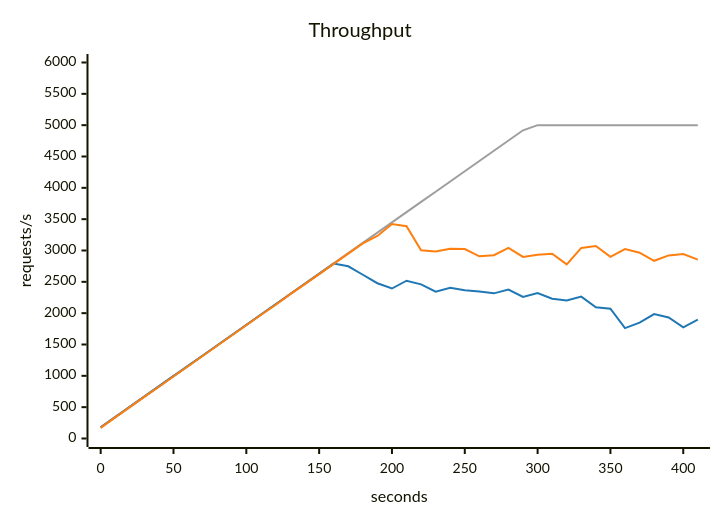
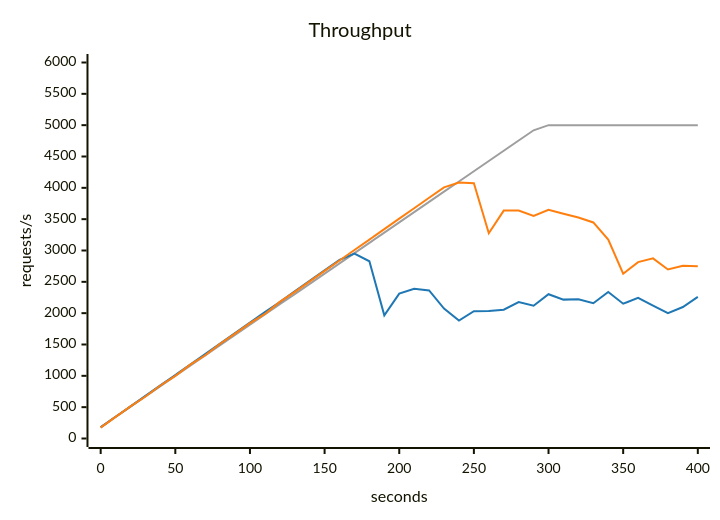
Before and after one commit to akinfemi/load-lore: the first of 2 diagrams in scenarios/single-postgres-breaking-point/solutions/one-query-per-page/compare.md, drawn with Mermaid. The commit also changed other lines of this file and 20 other files, not shown here.

````diff
--- a/scenarios/single-postgres-breaking-point/solutions/one-query-per-page/compare.md
+++ b/scenarios/single-postgres-breaking-point/solutions/one-query-per-page/compare.md
@@ -33,16 +29,16 @@
 ```mermaid
 ---
 config:
   themeVariables:
     xyChart:
       backgroundColor: "transparent"
       plotColorPalette: "#9e9e9e, #1f77b4, #ff7f0e"
 ---
 xychart-beta
     title "Throughput"
-    x-axis "seconds" 0 --> 410
+    x-axis "seconds" 0 --> 400
     y-axis "requests/s" 0 --> 6000
-    line [181.667, 345, 508.333, 671.667, 835, 998.333, 1161.667, 1325, 1488.333, 1651.667, 1815, 1978.333, 2141.667, 2305, 2468.333, 2631.667, 2795, 2958.333, 3121.667, 3285, 3448.333, 3611.667, 3775, 3938.333, 4101.667, 4265, 4428.333, 4591.667, 4755, 4918.333, 5000, 5000, 5000, 5000, 5000, 5000, 5000, 5000, 5000, 5000, 5000, 5000]
-    line [176.107, 341.289, 504.694, 668.041, 831.455, 994.742, 1158.12, 1321.204, 1484.886, 1647.971, 1811.433, 1974.67, 2137.876, 2301.363, 2464.972, 2627.607, 2791.225, 2748.099, 2613.082, 2477.718, 2393.228, 2518.235, 2459.103, 2342.003, 2404.354, 2365.202, 2347.575, 2316.348, 2377.599, 2258.756, 2319.882, 2231.59, 2203.785, 2264.585, 2094.427, 2070.335, 1761.724, 1849.596, 1985.96, 1930.684, 1772.349, 1896.767]
-    line [168.618, 336.494, 499.966, 663.409, 826.584, 990.09, 1153.402, 1316.408, 1480.124, 1643.307, 1806.498, 1969.987, 2130.198, 2299.898, 2459.722, 2623.476, 2786.549, 2949.368, 3113.75, 3232.311, 3421.54, 3387.78, 3003.319, 2982.495, 3026.499, 3023.901, 2906.989, 2924.664, 3041.197, 2896.851, 2932.395, 2948.206, 2778.675, 3041.325, 3072.829, 2898.277, 3023.455, 2964.47, 2835.51, 2921.389, 2943.673, 2853.881]
+    line [181.667, 345, 508.333, 671.667, 835, 998.333, 1161.667, 1325, 1488.333, 1651.667, 1815, 1978.333, 2141.667, 2305, 2468.333, 2631.667, 2795, 2958.333, 3121.667, 3285, 3448.333, 3611.667, 3775, 3938.333, 4101.667, 4265, 4428.333, 4591.667, 4755, 4918.333, 5000, 5000, 5000, 5000, 5000, 5000, 5000, 5000, 5000, 5000, 5000]
+    line [176.889, 346.345, 513.312, 680.239, 847.162, 1014.094, 1180.939, 1347.883, 1514.767, 1682.044, 1849.223, 2016.894, 2176.396, 2350.677, 2517.004, 2683.856, 2850.889, 2949.542, 2827.543, 1965.193, 2311.262, 2388.398, 2361.964, 2072.834, 1881.981, 2031.356, 2035.659, 2055.076, 2175.96, 2118.925, 2302.556, 2216.102, 2220.806, 2158.422, 2337.471, 2150.717, 2244.651, 2118.95, 1999.645, 2098.355, 2259.192]
+    line [174.146, 345.472, 512.229, 670.786, 846.053, 999.572, 1179.174, 1328.432, 1512.397, 1674.592, 1841.376, 1987.437, 2179.742, 2340.021, 2506.658, 2674.04, 2840.664, 3007.322, 3173.549, 3340.319, 3507.628, 3673.532, 3840.892, 4007.198, 4084.616, 4072.088, 3275.988, 3636.747, 3637.842, 3552.332, 3650.626, 3586.121, 3525.728, 3447.451, 3174.578, 2628.83, 2814.527, 2874.192, 2696.429, 2754.836, 2748.946]
 ```
````
